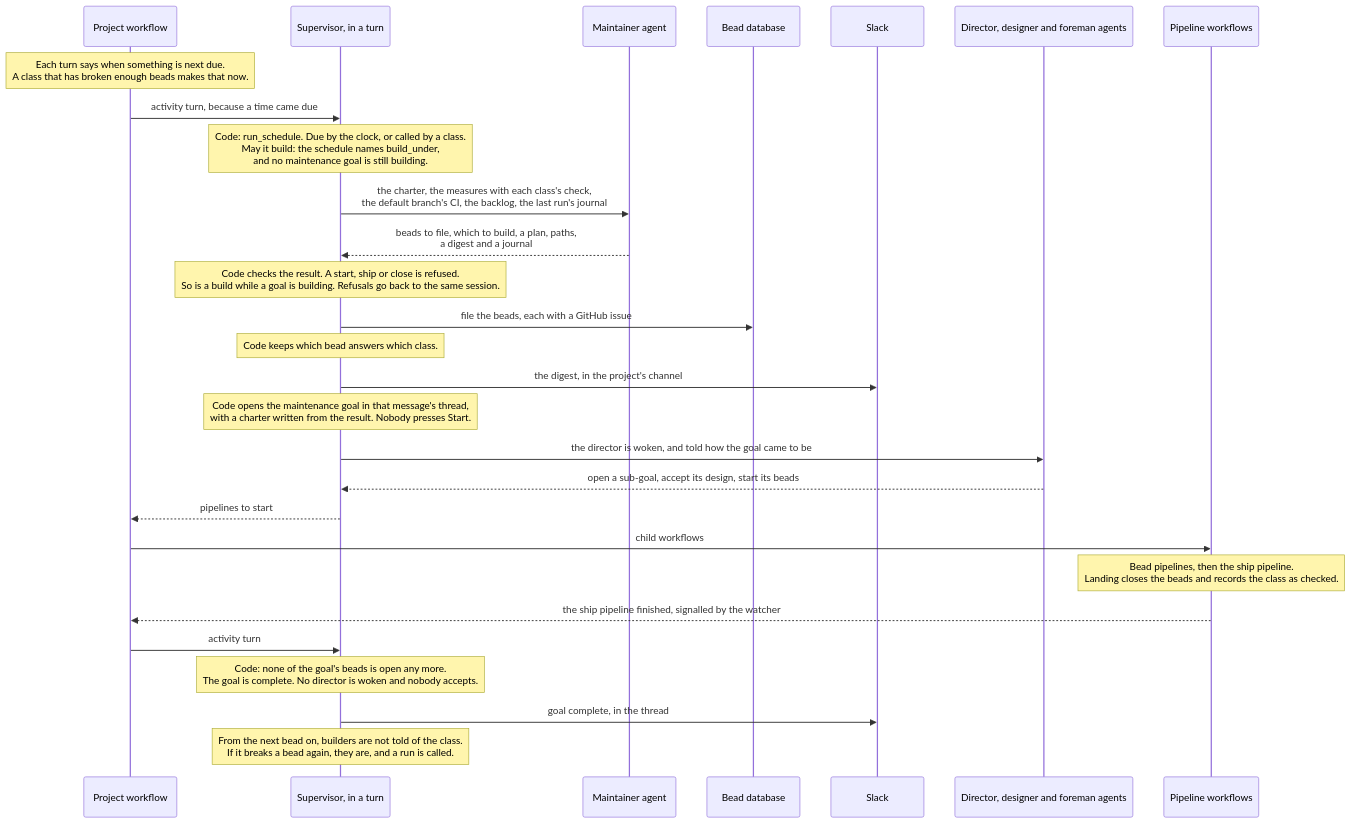
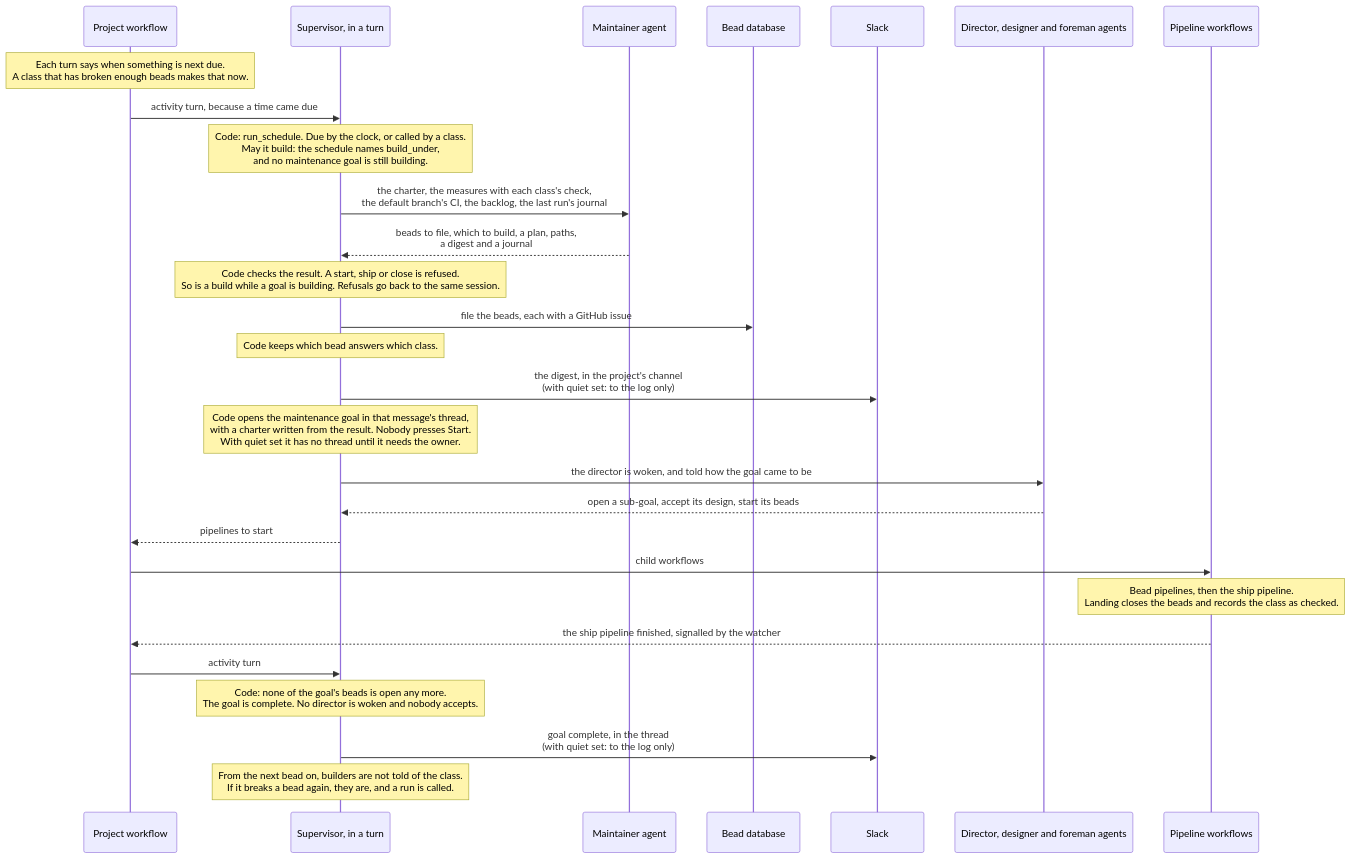
One commit to mikeacjones/software-factory changed the seventh of 7 diagrams in docs/how-it-works.md. Above: the diagram before and after it, drawn with Mermaid. The commit also changed other lines of this file and 9 other files, not shown here.

````diff
--- a/docs/how-it-works.md
+++ b/docs/how-it-works.md
@@ -285,31 +285,31 @@
 ```mermaid
 sequenceDiagram
     participant Project as Project workflow
     participant Sup as Supervisor, in a turn
     participant Maint as Maintainer agent
     participant Tracker as Bead database
     participant Slack
     participant Dir as Director, designer and foreman agents
     participant Pipe as Pipeline workflows
 
     Note over Project: Each turn says when something is next due.<br/>A class that has broken enough beads makes that now.
     Project->>Sup: activity turn, because a time came due
     Note over Sup: Code: run_schedule. Due by the clock, or called by a class.<br/>May it build: the schedule names build_under,<br/>and no maintenance goal is still building.
     Sup->>Maint: the charter, the measures with each class's check,<br/>the default branch's CI, the backlog, the last run's journal
     Maint-->>Sup: beads to file, which to build, a plan, paths,<br/>a digest and a journal
     Note over Sup: Code checks the result. A start, ship or close is refused.<br/>So is a build while a goal is building. Refusals go back to the same session.
     Sup->>Tracker: file the beads, each with a GitHub issue
     Note over Sup: Code keeps which bead answers which class.
-    Sup->>Slack: the digest, in the project's channel
-    Note over Sup: Code opens the maintenance goal in that message's thread,<br/>with a charter written from the result. Nobody presses Start.
+    Sup->>Slack: the digest, in the project's channel<br/>(with quiet set: to the log only)
+    Note over Sup: Code opens the maintenance goal in that message's thread,<br/>with a charter written from the result. Nobody presses Start.<br/>With quiet set it has no thread until it needs the owner.
     Sup->>Dir: the director is woken, and told how the goal came to be
     Dir-->>Sup: open a sub-goal, accept its design, start its beads
     Sup-->>Project: pipelines to start
     Project->>Pipe: child workflows
     Note over Pipe: Bead pipelines, then the ship pipeline.<br/>Landing closes the beads and records the class as checked.
     Pipe-->>Project: the ship pipeline finished, signalled by the watcher
     Project->>Sup: activity turn
     Note over Sup: Code: none of the goal's beads is open any more.<br/>The goal is complete. No director is woken and nobody accepts.
-    Sup->>Slack: goal complete, in the thread
+    Sup->>Slack: goal complete, in the thread<br/>(with quiet set: to the log only)
     Note over Sup: From the next bead on, builders are not told of the class.<br/>If it breaks a bead again, they are, and a run is called.
 ```
````
